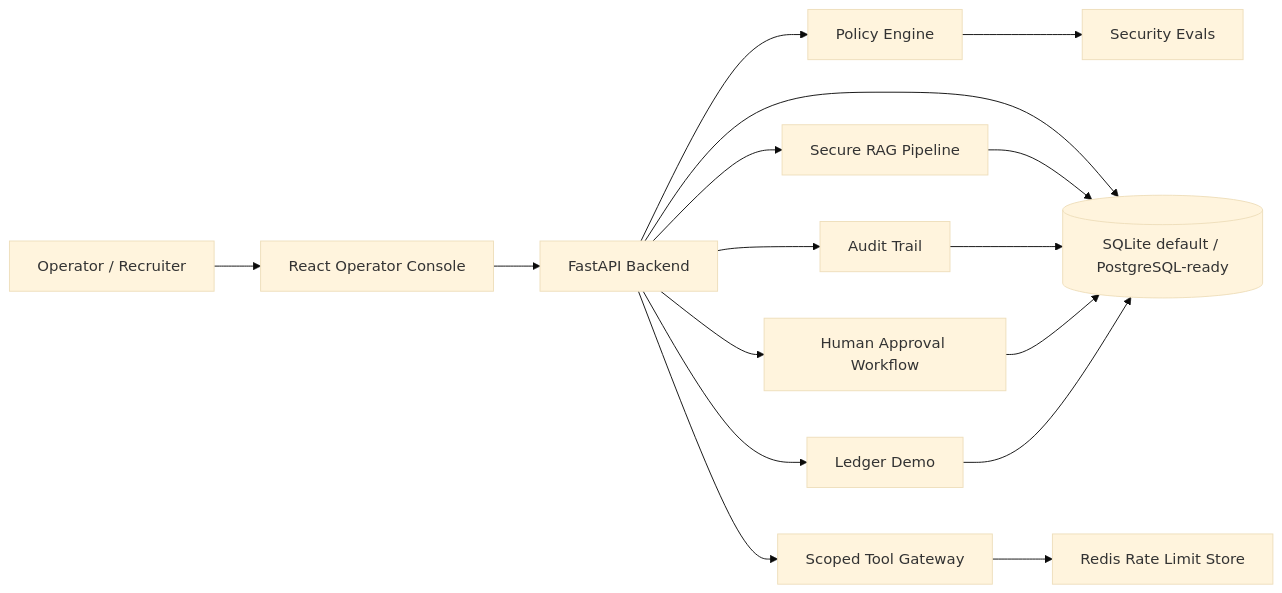
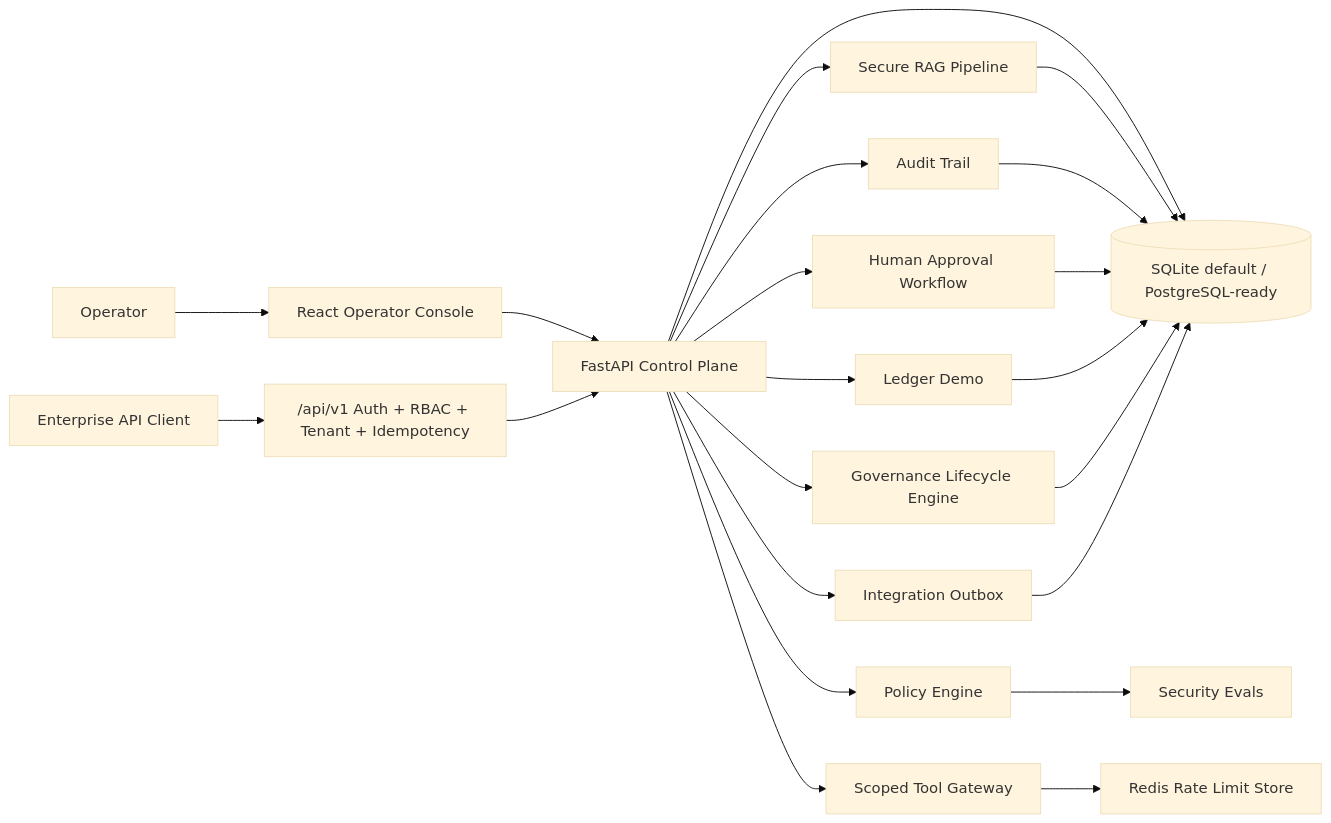
The diagram in README.md (danieloza/regulated-ai-agent-platform), drawn with Mermaid (base theme) before and after one commit. The commit also changed other lines of this file, not shown here.

Commit message:
Update platform overview and enterprise API docs

````diff
--- a/README.md
+++ b/README.md
@@ -160,18 +202,24 @@
 ```mermaid
 flowchart LR
-  User["Operator / Recruiter"] --> UI["React Operator Console"]
-  UI --> API["FastAPI Backend"]
+  Operator["Operator"] --> UI["React Operator Console"]
+  Client["Enterprise API Client"] --> Gateway["/api/v1 Auth + RBAC + Tenant + Idempotency"]
+  UI --> API["FastAPI Control Plane"]
+  Gateway --> API
+  API --> Lifecycles["Governance Lifecycle Engine"]
   API --> Policy["Policy Engine"]
   API --> RAG["Secure RAG Pipeline"]
   API --> Tools["Scoped Tool Gateway"]
   API --> Approvals["Human Approval Workflow"]
   API --> Audit["Audit Trail"]
   API --> Ledger["Ledger Demo"]
+  API --> Outbox["Integration Outbox"]
   Tools --> Redis["Redis Rate Limit Store"]
   API --> DB[("SQLite default / PostgreSQL-ready")]
   RAG --> DB
   Audit --> DB
   Approvals --> DB
   Ledger --> DB
+  Lifecycles --> DB
+  Outbox --> DB
   Policy --> Evals["Security Evals"]
 ```
````
